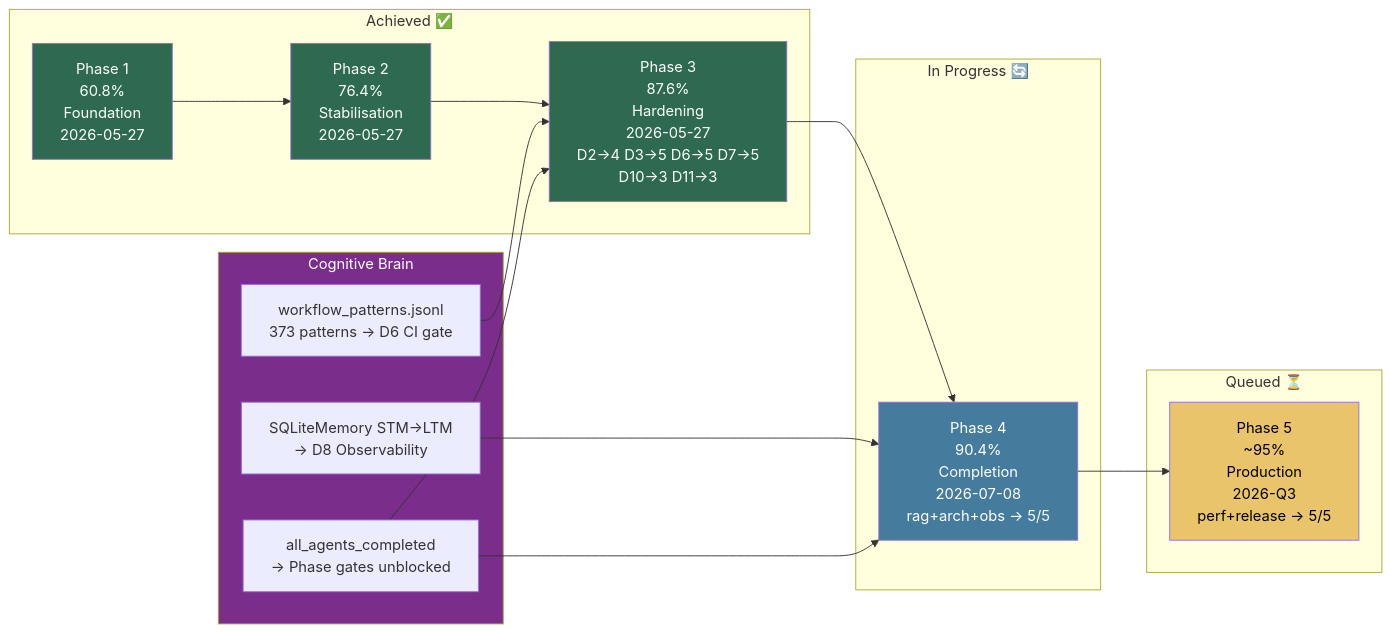
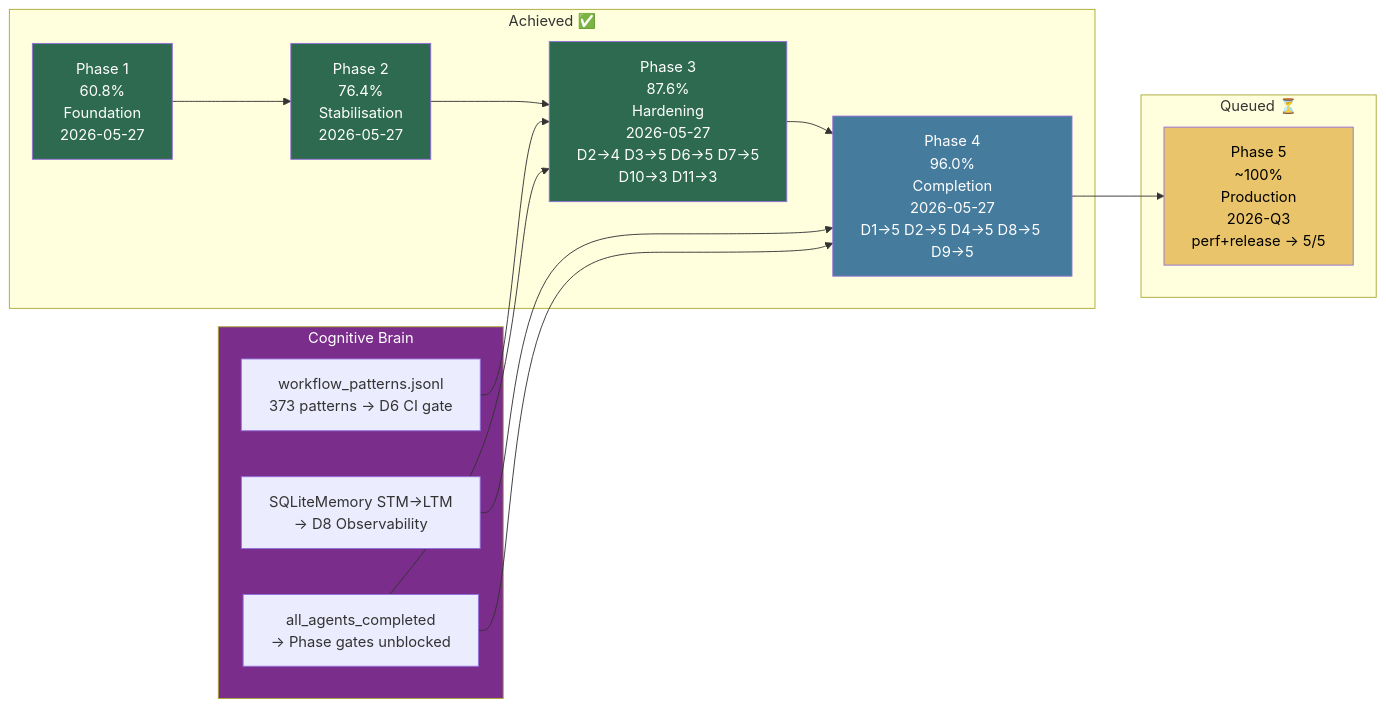
Before and after one commit to Aries-Serpent/_codex_: the diagram in .codex/COMPLETION_DASHBOARD.md, drawn with Mermaid. The commit also changed other lines of this file and 9 other files, not shown here.

First line of the commit message:
feat(phase4): bump D1,D2,D4,D8,D9 to score 5 — Phase 4 completion (96.0%)

````diff
--- a/.codex/COMPLETION_DASHBOARD.md
+++ b/.codex/COMPLETION_DASHBOARD.md
@@ -36,34 +36,31 @@
 ```mermaid
 flowchart LR
     subgraph DONE["Achieved ✅"]
         P1["Phase 1\n60.8%\nFoundation\n2026-05-27"]
         P2["Phase 2\n76.4%\nStabilisation\n2026-05-27"]
         P3["Phase 3\n87.6%\nHardening\n2026-05-27\nD2→4 D3→5 D6→5 D7→5\nD10→3 D11→3"]
-    end
-
-    subgraph ACTIVE["In Progress 🔄"]
-        P4["Phase 4\n90.4%\nCompletion\n2026-07-08\nrag+arch+obs → 5/5"]
+        P4["Phase 4\n96.0%\nCompletion\n2026-05-27\nD1→5 D2→5 D4→5 D8→5 D9→5"]
     end
 
     subgraph QUEUED["Queued ⏳"]
-        P5["Phase 5\n~95%\nProduction\n2026-Q3\nperf+release → 5/5"]
+        P5["Phase 5\n~100%\nProduction\n2026-Q3\nperf+release → 5/5"]
     end
 
     subgraph CB["Cognitive Brain"]
         CB1["workflow_patterns.jsonl\n373 patterns → D6 CI gate"]
         CB2["SQLiteMemory STM→LTM\n→ D8 Observability"]
         CB3["all_agents_completed\n→ Phase gates unblocked"]
     end
 
     P1 --> P2 --> P3 --> P4 --> P5
     CB1 --> P3
     CB2 --> P4
     CB3 --> P3 & P4
 
     style P1 fill:#2d6a4f,color:#fff
     style P2 fill:#2d6a4f,color:#fff
     style P3 fill:#2d6a4f,color:#fff
     style P4 fill:#457b9d,color:#fff
     style P5 fill:#e9c46a,color:#000
     style CB fill:#7b2d8b,color:#fff
 ```
````
